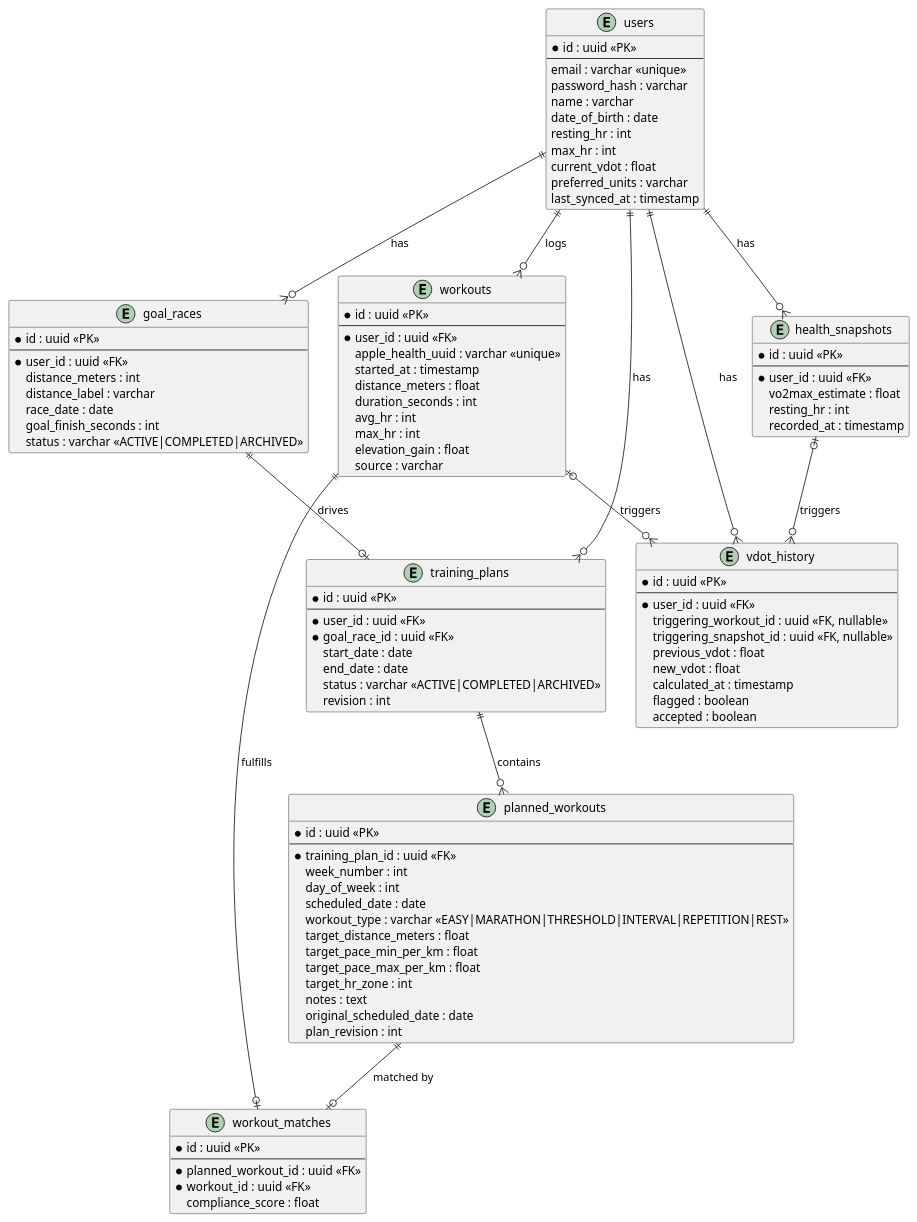
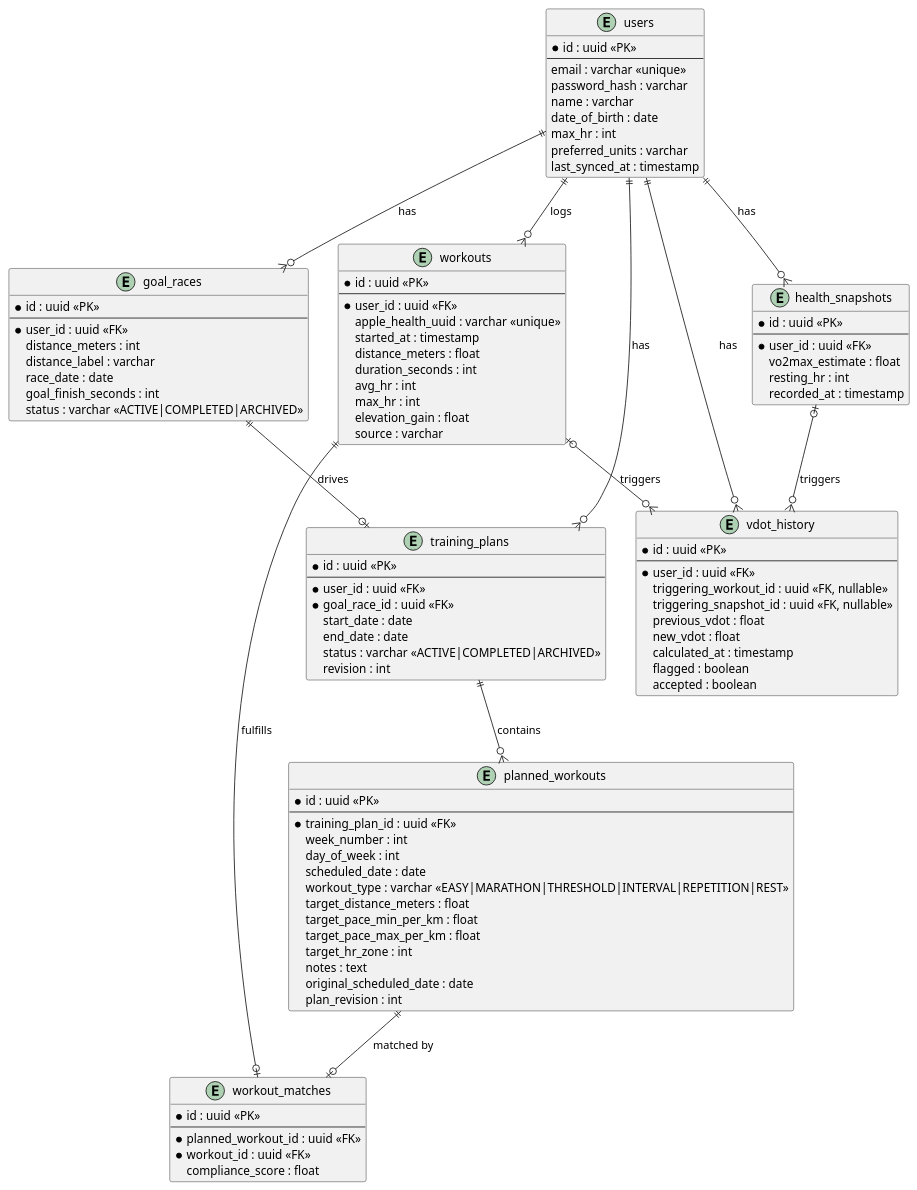
The diagram in docs/superpowers/specs/2026-03-24-run-planner-design.md (ajones8131/run-planner), drawn with PlantUML before and after one commit. The commit also changed other lines of this file, not shown here.

First line of the commit message:
Remove resting_hr and current_vdot from users table

```diff
--- a/docs/superpowers/specs/2026-03-24-run-planner-design.md
+++ b/docs/superpowers/specs/2026-03-24-run-planner-design.md
@@ -94,9 +94,7 @@
     password_hash : varchar
     name : varchar
     date_of_birth : date
-    resting_hr : int
     max_hr : int
-    current_vdot : float
     preferred_units : varchar
     last_synced_at : timestamp
 }
```
